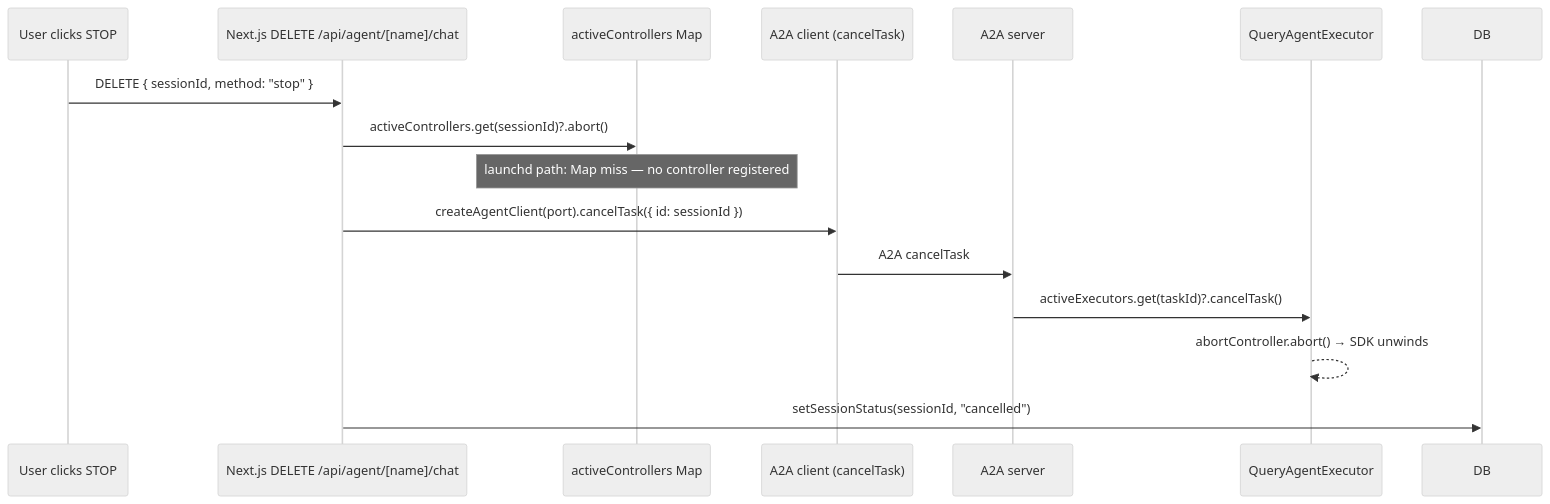
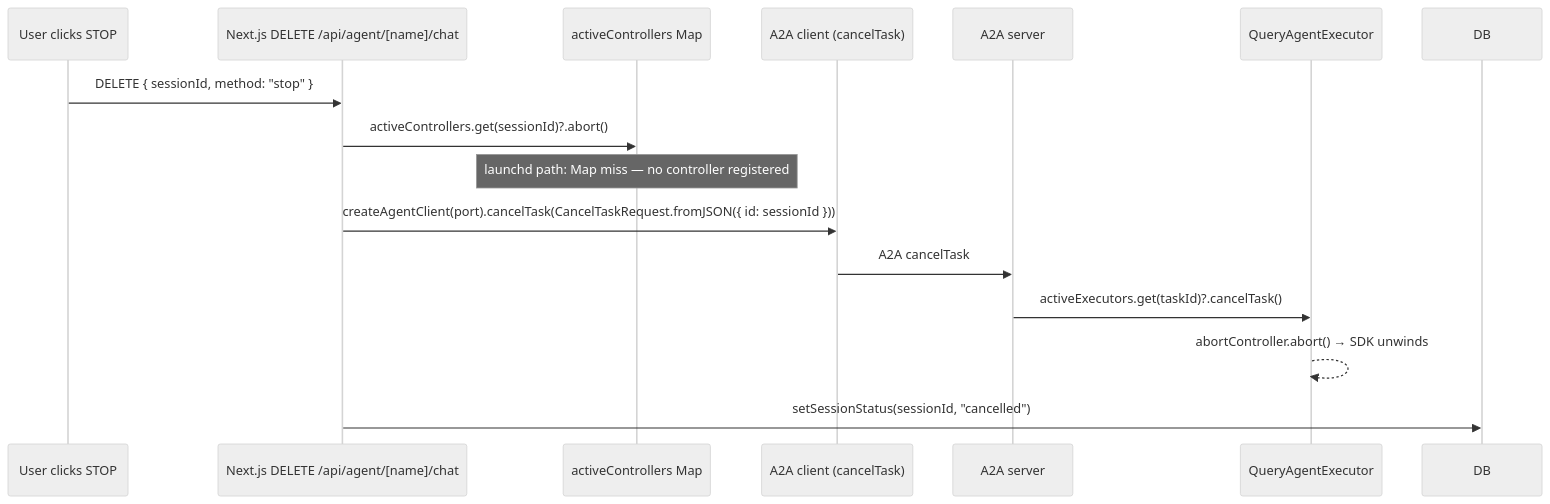
One commit to PixelPaw-Labs/DovePaw changed the fourth of 5 diagrams in docs/specs/12-scheduler.md. Above: the diagram before and after it, drawn with Mermaid (neutral theme). The commit also changed other lines of this file and 25 other files, not shown here.

````diff
--- a/docs/specs/12-scheduler.md
+++ b/docs/specs/12-scheduler.md
@@ -130,18 +130,18 @@
 ```mermaid
 sequenceDiagram
   participant UI as User clicks STOP
   participant NX as Next.js DELETE /api/agent/[name]/chat
   participant AC as activeControllers Map
   participant CL as A2A client (cancelTask)
   participant AS as A2A server
   participant EX as QueryAgentExecutor
 
   UI->>NX: DELETE { sessionId, method: "stop" }
   NX->>AC: activeControllers.get(sessionId)?.abort()
   Note over AC: launchd path: Map miss — no controller registered
-  NX->>CL: createAgentClient(port).cancelTask({ id: sessionId })
+  NX->>CL: createAgentClient(port).cancelTask(CancelTaskRequest.fromJSON({ id: sessionId }))
   CL->>AS: A2A cancelTask
   AS->>EX: activeExecutors.get(taskId)?.cancelTask()
   EX-->>EX: abortController.abort() → SDK unwinds
   NX->>DB: setSessionStatus(sessionId, "cancelled")
 ```
````
